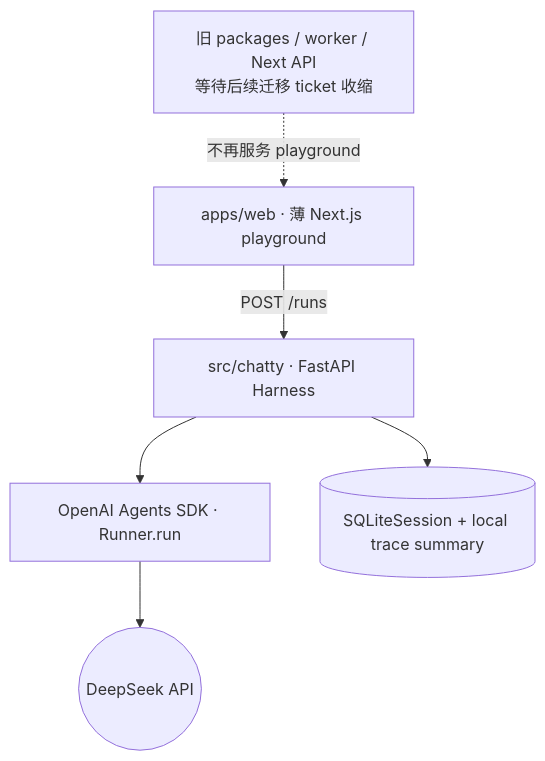
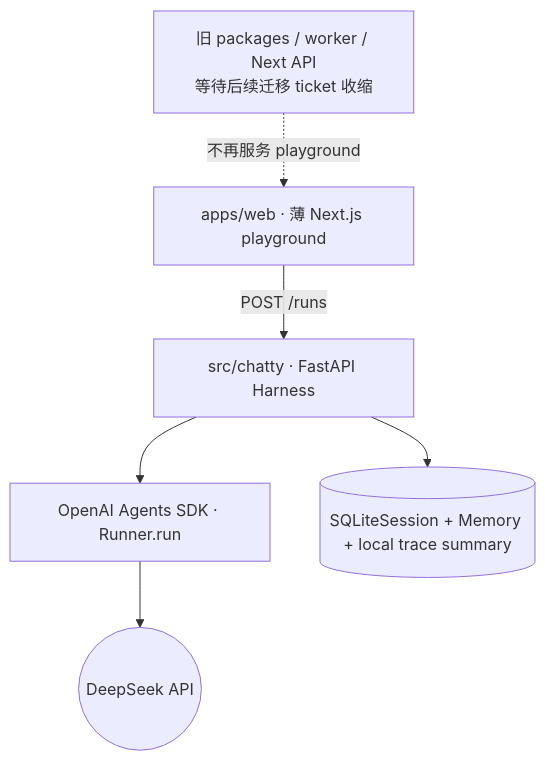
Before and after one commit to ImWenyaoT/chatty: the first of 2 diagrams in README.md, drawn with Mermaid. The commit also changed other lines of this file and 5 other files, not shown here.

````diff
--- a/README.md
+++ b/README.md
@@ -47,14 +47,14 @@
 ```mermaid
 flowchart TD
   web["apps/web · 薄 Next.js playground"]
   api["src/chatty · FastAPI Harness"]
   sdk["OpenAI Agents SDK · Runner.run"]
-  db[("SQLiteSession + local trace summary")]
+  db[("SQLiteSession + Memory + local trace summary")]
   deepseek(("DeepSeek API"))
   legacy["旧 packages / worker / Next API<br/>等待后续迁移 ticket 收缩"]
 
   web -->|POST /runs| api
   api --> sdk --> deepseek
   api --> db
   legacy -. 不再服务 playground .-> web
 ```
````
